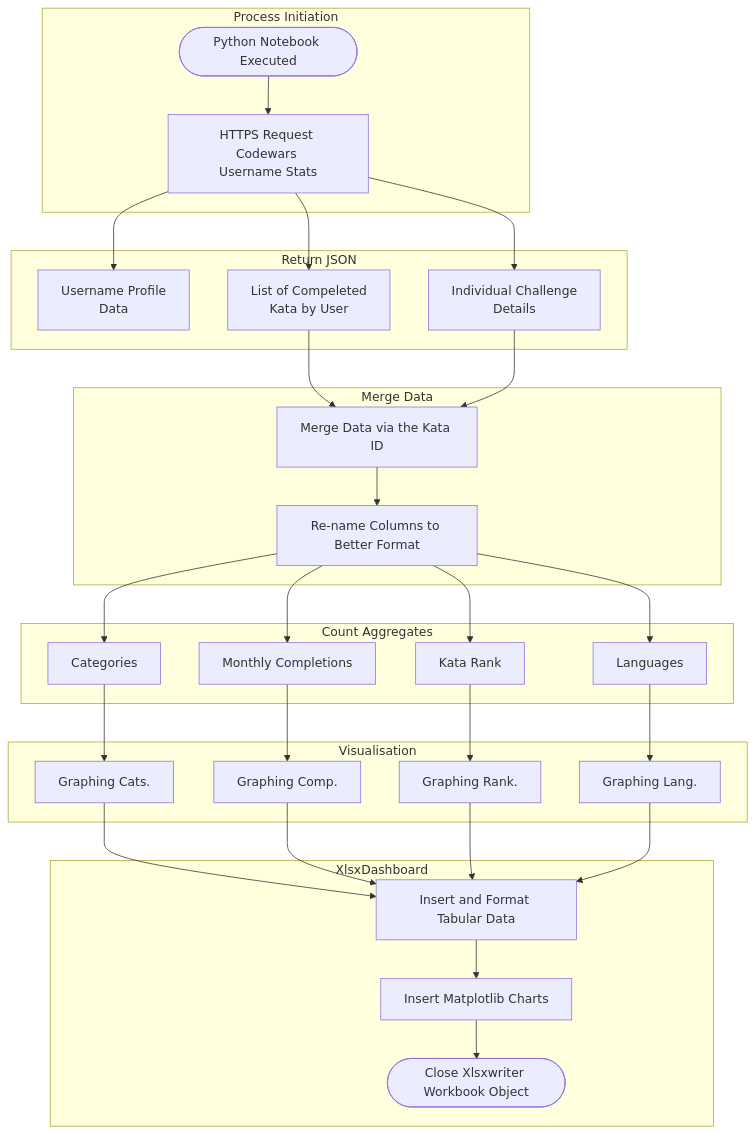
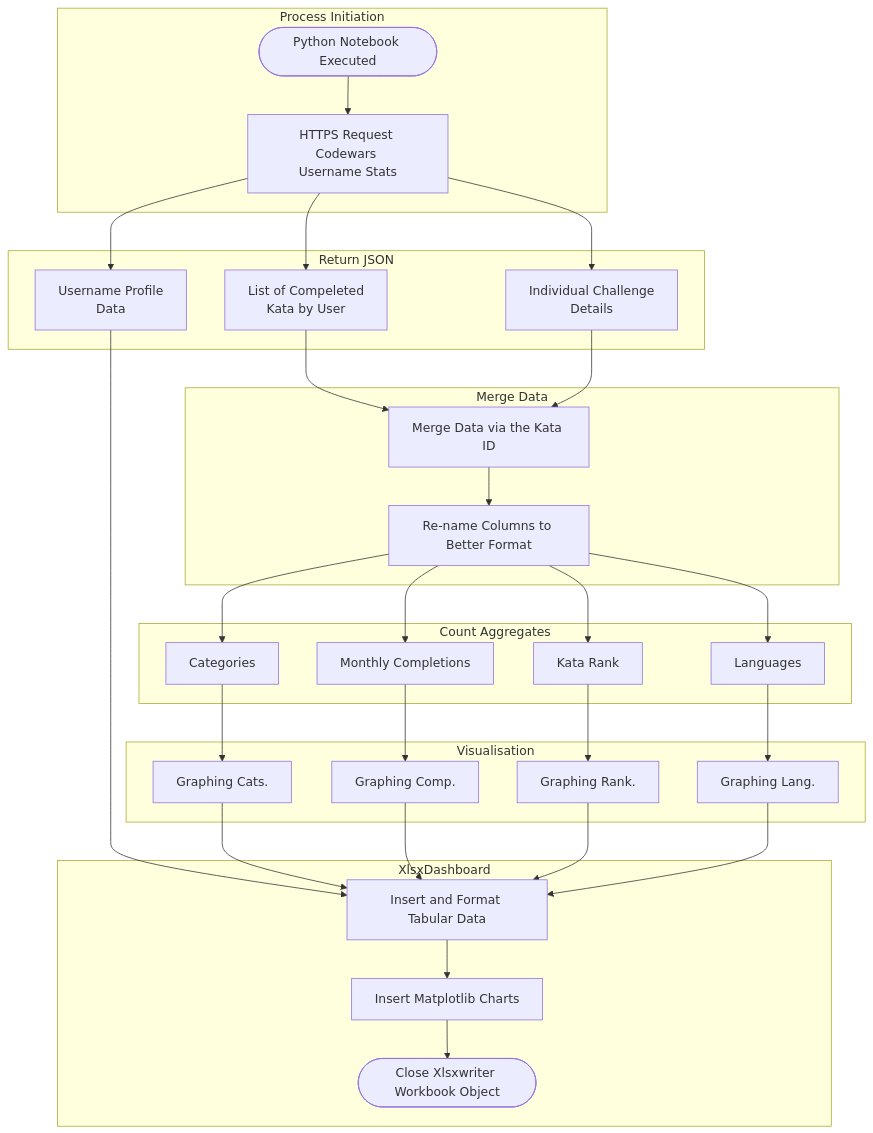
One commit to Filpill/blog-web changed the diagram in content/data_projects/codewars.md. Above: the diagram before and after it, drawn with Mermaid. The commit also changed other lines of this file and 8 other files, not shown here.

```diff
--- a/content/data_projects/codewars.md
+++ b/content/data_projects/codewars.md
@@ -28,41 +28,43 @@
 {{<mermaid>}}
 graph TD;
     subgraph Process Initiation
     0([Python Notebook Executed])-->A[HTTPS Request Codewars <br>Username Stats]
     end
 
     subgraph Return JSON
     A-->C[Username Profile <br>Data]
     A-->D[List of Compeleted <br>Kata by User]
     A-->E[Individual Challenge <br>Details]
     end
 
     subgraph Merge Data
     D-->F[Merge Data via the Kata ID]
     E-->F
     F-->G[Re-name Columns to Better Format]
     end
 
     subgraph Count Aggregates
     G-->H[Categories]
     G-->I[Monthly Completions]
     G-->J[Kata Rank]
     G-->K[Languages]
     end
 
     subgraph Visualisation
     H-->L[Graphing Cats.]
     I-->M[Graphing Comp.]
     J-->N[Graphing Rank.]
     K-->O[Graphing Lang.]
     end
 
+    C-->P
+
     subgraph XlsxDashboard
     L-->P[Insert and Format Tabular Data]
     M-->P
     N-->P
     O-->P
     P-->Q[Insert Matplotlib Charts]
     Q-->R([Close Xlsxwriter Workbook Object])
     end
 {{< /mermaid >}}
```
